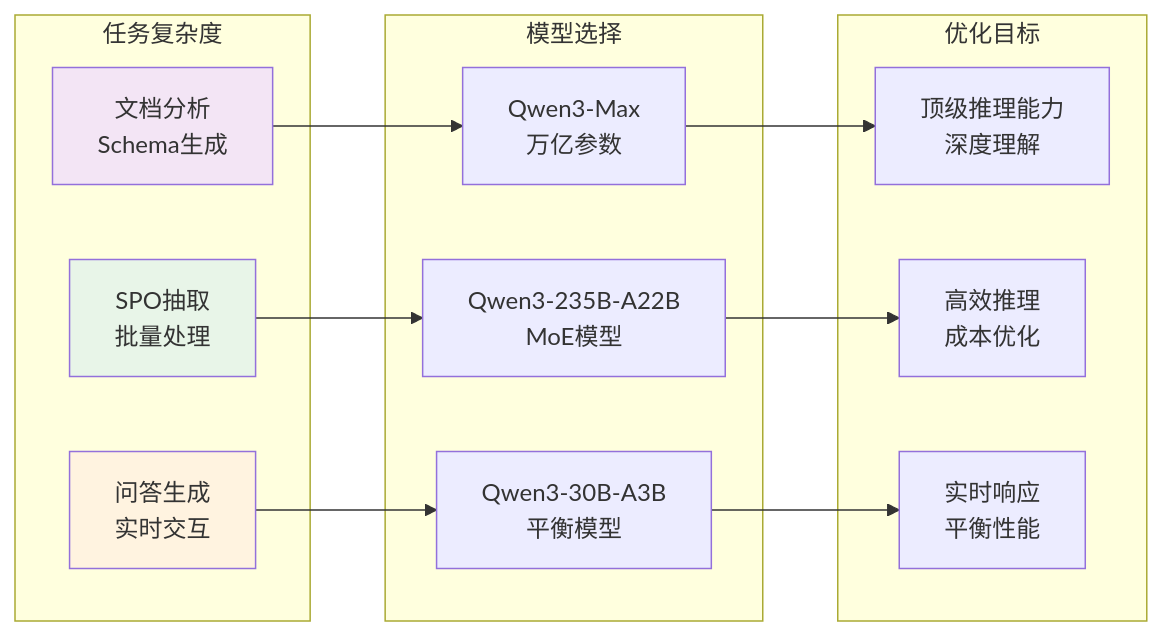
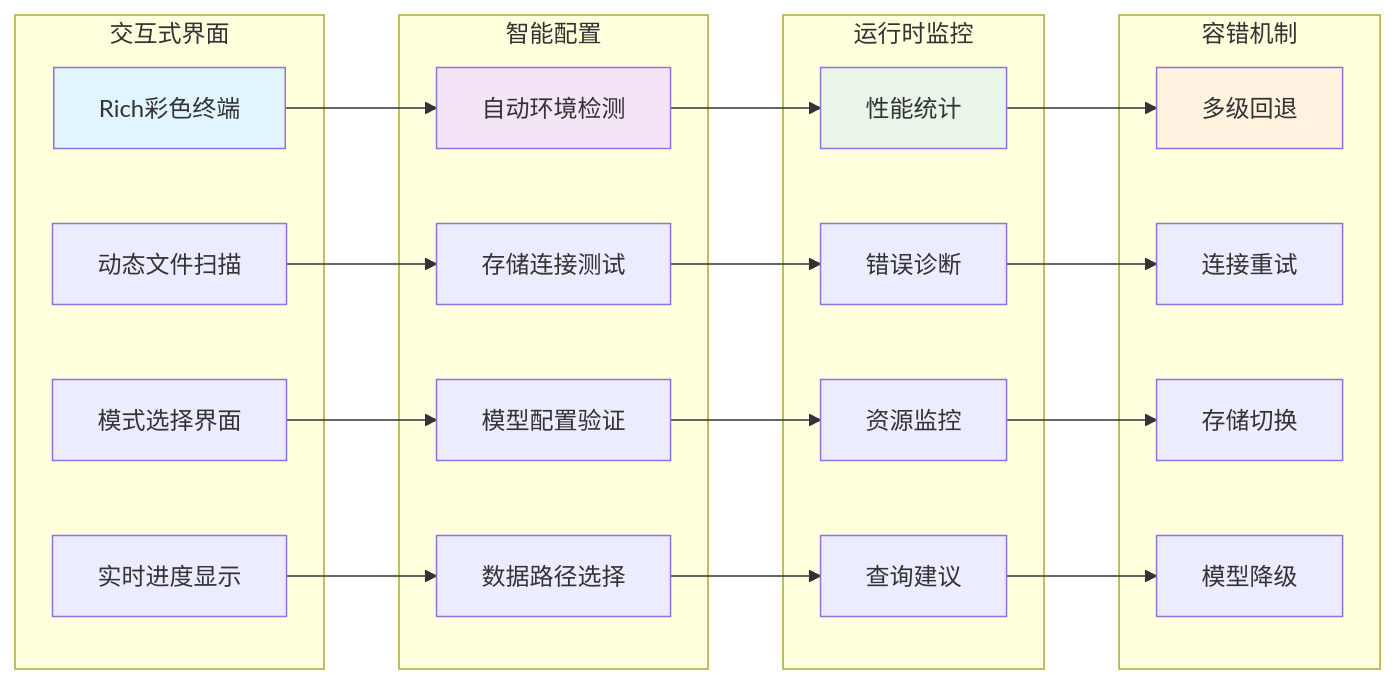
Before and after one commit to DemonDamon/AgenticX-GraphRAG: the tenth of 14 diagrams in README.md, drawn with Mermaid. The commit also changed other lines of this file, not shown here.

````diff
--- a/README.md
+++ b/README.md
@@ -542,32 +669,50 @@
 ```mermaid
 graph LR
-    subgraph "任务复杂度"
-        A[文档分析<br/>Schema生成]
-        B[SPO抽取<br/>批量处理]
-        C[问答生成<br/>实时交互]
+    subgraph "交互式界面"
+        A[Rich彩色终端]
+        B[动态文件扫描]
+        C[模式选择界面]
+        D[实时进度显示]
     end
     
-    subgraph "模型选择"
-        D[Qwen3-Max<br/>万亿参数]
-        E[Qwen3-235B-A22B<br/>MoE模型]
-        F[Qwen3-30B-A3B<br/>平衡模型]
+    subgraph "智能配置"
+        E[自动环境检测]
+        F[存储连接测试]
+        G[模型配置验证]
+        H[数据路径选择]
     end
     
-    subgraph "优化目标"
-        G[顶级推理能力<br/>深度理解]
-        H[高效推理<br/>成本优化]
-        I[实时响应<br/>平衡性能]
+    subgraph "运行时监控"
+        I[性能统计]
+        J[错误诊断]
+        K[资源监控]
+        L[查询建议]
     end
     
-    A --> D
-    B --> E
-    C --> F
+    subgraph "容错机制"
+        M[多级回退]
+        N[连接重试]
+        O[存储切换]
+        P[模型降级]
+    end
     
-    D --> G
-    E --> H
-    F --> I
+    A --> E
+    B --> F
+    C --> G
+    D --> H
     
-    style A fill:#f3e5f5
-    style B fill:#e8f5e8
-    style C fill:#fff3e0
+    E --> I
+    F --> J
+    G --> K
+    H --> L
+    
+    I --> M
+    J --> N
+    K --> O
+    L --> P
+    
+    style A fill:#e1f5fe
+    style E fill:#f3e5f5
+    style I fill:#e8f5e8
+    style M fill:#fff3e0
 ```
````
